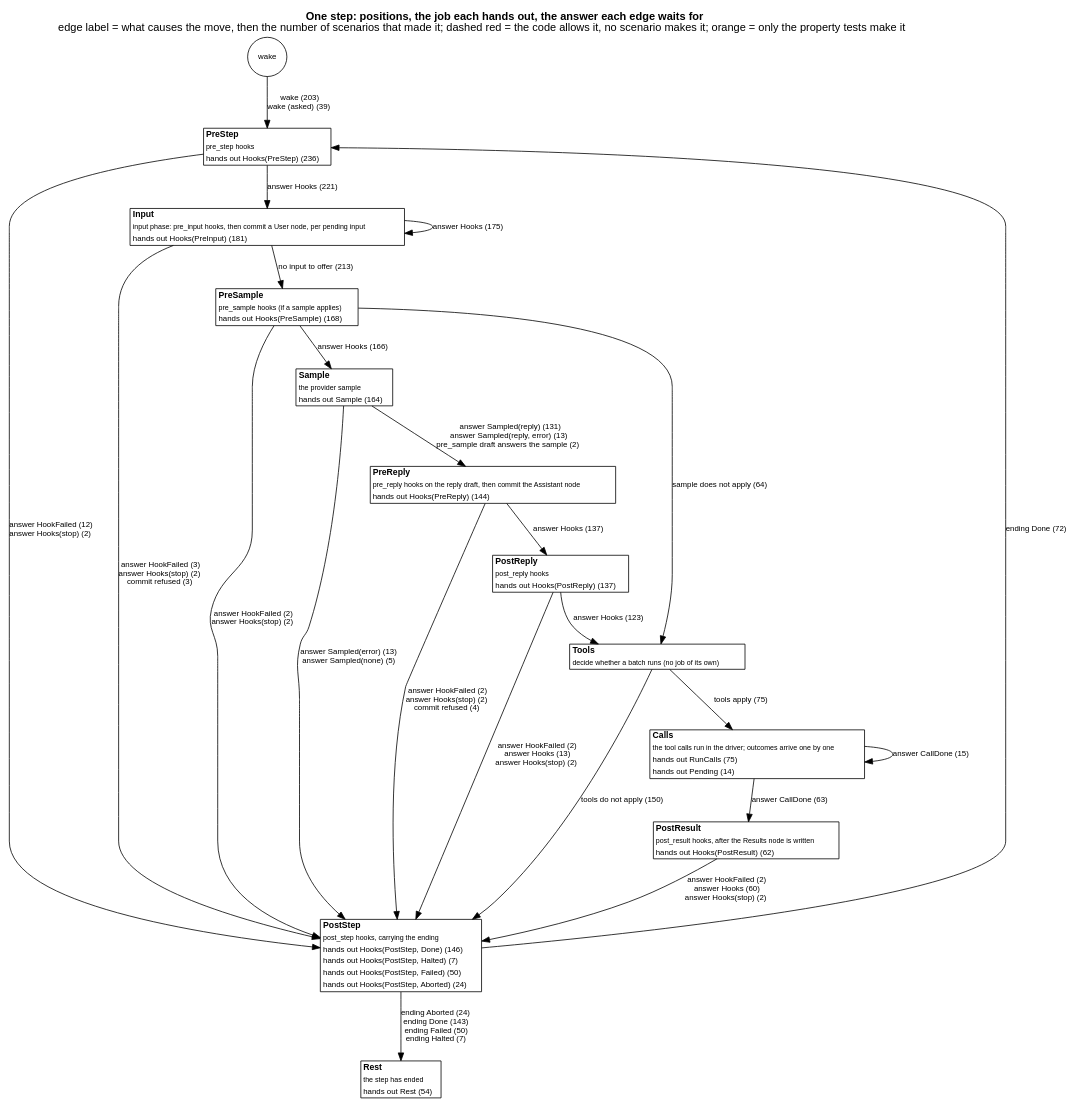
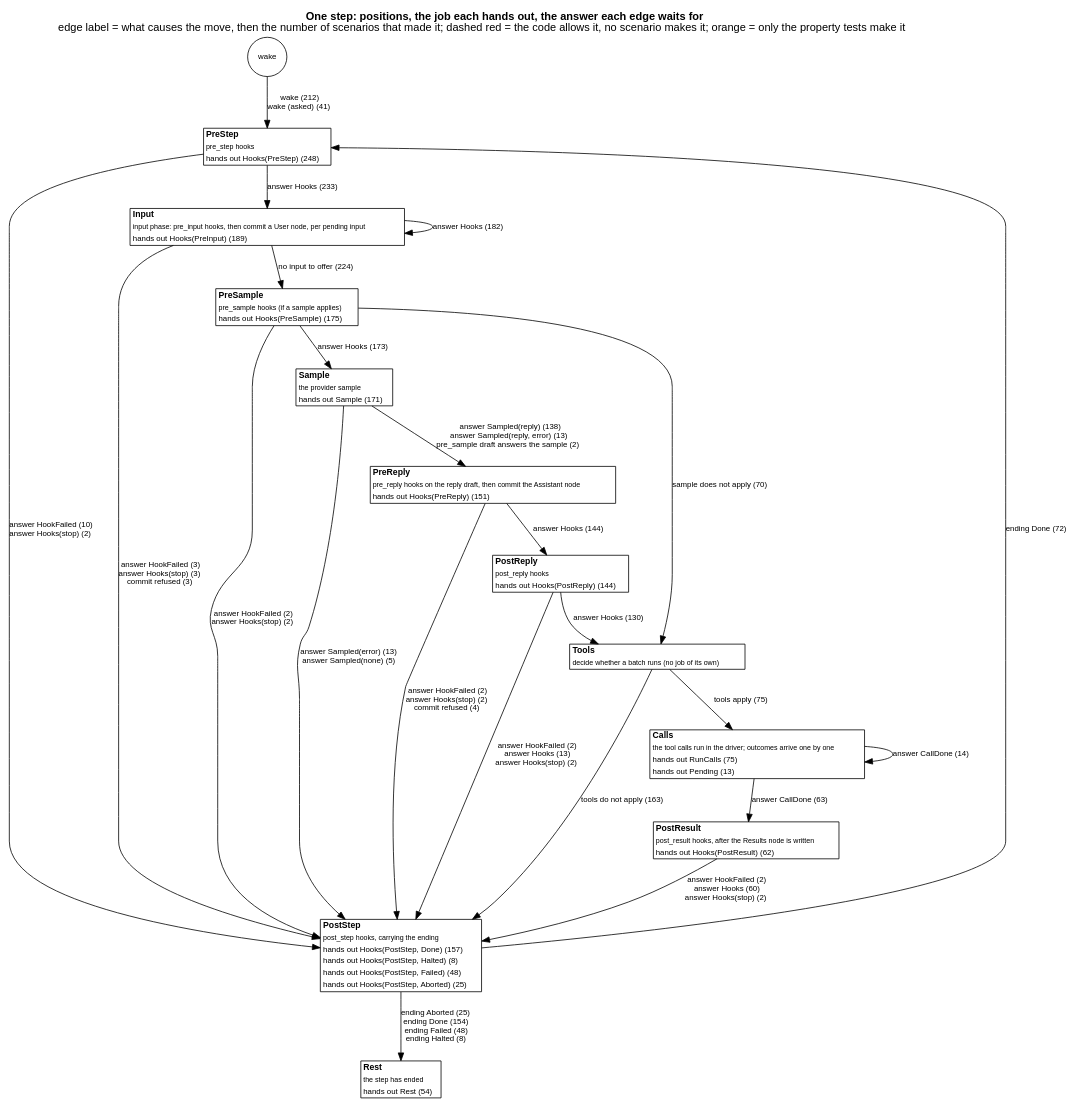
The diagram in docs/as-built/diagrams/step-positions.dot (jmccardle/tau), drawn with Graphviz before and after one commit. The commit also changed 40 other files, not shown here.

```diff
--- a/docs/as-built/diagrams/step-positions.dot
+++ b/docs/as-built/diagrams/step-positions.dot
@@ -1,40 +1,40 @@
 // Generated by scripts/diagrams.sh from the test suites' transitions. Do not edit.
 digraph step_positions {
   graph [rankdir=TB, fontname="Helvetica", nodesep=0.5, ranksep=0.6, labelloc=t, label=<<b>One step: positions, the job each hands out, the answer each edge waits for</b><br/>edge label = what causes the move, then the number of scenarios that made it; dashed red = the code allows it, no scenario makes it; orange = only the property tests make it>];
   node [shape=plain, fontname="Helvetica", fontsize=11];
   edge [fontname="Helvetica", fontsize=10];
   "(wake)" [shape=circle, label="wake", fontsize=10];
-  "PreStep" [label=<<table border="1" cellborder="0" cellspacing="0" bgcolor="white"><tr><td align="left"><b>PreStep</b></td></tr><tr><td align="left"><font point-size="9">pre_step hooks</font></td></tr><tr><td align="left"><font color="black" point-size="10">hands out Hooks(PreStep) (236)</font></td></tr></table>>];
-  "Input" [label=<<table border="1" cellborder="0" cellspacing="0" bgcolor="white"><tr><td align="left"><b>Input</b></td></tr><tr><td align="left"><font point-size="9">input phase: pre_input hooks, then commit a User node, per pending input</font></td></tr><tr><td align="left"><font color="black" point-size="10">hands out Hooks(PreInput) (181)</font></td></tr></table>>];
-  "PreSample" [label=<<table border="1" cellborder="0" cellspacing="0" bgcolor="white"><tr><td align="left"><b>PreSample</b></td></tr><tr><td align="left"><font point-size="9">pre_sample hooks (if a sample applies)</font></td></tr><tr><td align="left"><font color="black" point-size="10">hands out Hooks(PreSample) (168)</font></td></tr></table>>];
-  "Sample" [label=<<table border="1" cellborder="0" cellspacing="0" bgcolor="white"><tr><td align="left"><b>Sample</b></td></tr><tr><td align="left"><font point-size="9">the provider sample</font></td></tr><tr><td align="left"><font color="black" point-size="10">hands out Sample (164)</font></td></tr></table>>];
-  "PreReply" [label=<<table border="1" cellborder="0" cellspacing="0" bgcolor="white"><tr><td align="left"><b>PreReply</b></td></tr><tr><td align="left"><font point-size="9">pre_reply hooks on the reply draft, then commit the Assistant node</font></td></tr><tr><td align="left"><font color="black" point-size="10">hands out Hooks(PreReply) (144)</font></td></tr></table>>];
-  "PostReply" [label=<<table border="1" cellborder="0" cellspacing="0" bgcolor="white"><tr><td align="left"><b>PostReply</b></td></tr><tr><td align="left"><font point-size="9">post_reply hooks</font></td></tr><tr><td align="left"><font color="black" point-size="10">hands out Hooks(PostReply) (137)</font></td></tr></table>>];
+  "PreStep" [label=<<table border="1" cellborder="0" cellspacing="0" bgcolor="white"><tr><td align="left"><b>PreStep</b></td></tr><tr><td align="left"><font point-size="9">pre_step hooks</font></td></tr><tr><td align="left"><font color="black" point-size="10">hands out Hooks(PreStep) (248)</font></td></tr></table>>];
+  "Input" [label=<<table border="1" cellborder="0" cellspacing="0" bgcolor="white"><tr><td align="left"><b>Input</b></td></tr><tr><td align="left"><font point-size="9">input phase: pre_input hooks, then commit a User node, per pending input</font></td></tr><tr><td align="left"><font color="black" point-size="10">hands out Hooks(PreInput) (189)</font></td></tr></table>>];
+  "PreSample" [label=<<table border="1" cellborder="0" cellspacing="0" bgcolor="white"><tr><td align="left"><b>PreSample</b></td></tr><tr><td align="left"><font point-size="9">pre_sample hooks (if a sample applies)</font></td></tr><tr><td align="left"><font color="black" point-size="10">hands out Hooks(PreSample) (175)</font></td></tr></table>>];
+  "Sample" [label=<<table border="1" cellborder="0" cellspacing="0" bgcolor="white"><tr><td align="left"><b>Sample</b></td></tr><tr><td align="left"><font point-size="9">the provider sample</font></td></tr><tr><td align="left"><font color="black" point-size="10">hands out Sample (171)</font></td></tr></table>>];
+  "PreReply" [label=<<table border="1" cellborder="0" cellspacing="0" bgcolor="white"><tr><td align="left"><b>PreReply</b></td></tr><tr><td align="left"><font point-size="9">pre_reply hooks on the reply draft, then commit the Assistant node</font></td></tr><tr><td align="left"><font color="black" point-size="10">hands out Hooks(PreReply) (151)</font></td></tr></table>>];
+  "PostReply" [label=<<table border="1" cellborder="0" cellspacing="0" bgcolor="white"><tr><td align="left"><b>PostReply</b></td></tr><tr><td align="left"><font point-size="9">post_reply hooks</font></td></tr><tr><td align="left"><font color="black" point-size="10">hands out Hooks(PostReply) (144)</font></td></tr></table>>];
   "Tools" [label=<<table border="1" cellborder="0" cellspacing="0" bgcolor="white"><tr><td align="left"><b>Tools</b></td></tr><tr><td align="left"><font point-size="9">decide whether a batch runs (no job of its own)</font></td></tr></table>>];
-  "Calls" [label=<<table border="1" cellborder="0" cellspacing="0" bgcolor="white"><tr><td align="left"><b>Calls</b></td></tr><tr><td align="left"><font point-size="9">the tool calls run in the driver; outcomes arrive one by one</font></td></tr><tr><td align="left"><font color="black" point-size="10">hands out RunCalls (75)</font></td></tr><tr><td align="left"><font color="black" point-size="10">hands out Pending (14)</font></td></tr></table>>];
+  "Calls" [label=<<table border="1" cellborder="0" cellspacing="0" bgcolor="white"><tr><td align="left"><b>Calls</b></td></tr><tr><td align="left"><font point-size="9">the tool calls run in the driver; outcomes arrive one by one</font></td></tr><tr><td align="left"><font color="black" point-size="10">hands out RunCalls (75)</font></td></tr><tr><td align="left"><font color="black" point-size="10">hands out Pending (13)</font></td></tr></table>>];
   "PostResult" [label=<<table border="1" cellborder="0" cellspacing="0" bgcolor="white"><tr><td align="left"><b>PostResult</b></td></tr><tr><td align="left"><font point-size="9">post_result hooks, after the Results node is written</font></td></tr><tr><td align="left"><font color="black" point-size="10">hands out Hooks(PostResult) (62)</font></td></tr></table>>];
-  "PostStep" [label=<<table border="1" cellborder="0" cellspacing="0" bgcolor="white"><tr><td align="left"><b>PostStep</b></td></tr><tr><td align="left"><font point-size="9">post_step hooks, carrying the ending</font></td></tr><tr><td align="left"><font color="black" point-size="10">hands out Hooks(PostStep, Done) (146)</font></td></tr><tr><td align="left"><font color="black" point-size="10">hands out Hooks(PostStep, Halted) (7)</font></td></tr><tr><td align="left"><font color="black" point-size="10">hands out Hooks(PostStep, Failed) (50)</font></td></tr><tr><td align="left"><font color="black" point-size="10">hands out Hooks(PostStep, Aborted) (24)</font></td></tr></table>>];
+  "PostStep" [label=<<table border="1" cellborder="0" cellspacing="0" bgcolor="white"><tr><td align="left"><b>PostStep</b></td></tr><tr><td align="left"><font point-size="9">post_step hooks, carrying the ending</font></td></tr><tr><td align="left"><font color="black" point-size="10">hands out Hooks(PostStep, Done) (157)</font></td></tr><tr><td align="left"><font color="black" point-size="10">hands out Hooks(PostStep, Halted) (8)</font></td></tr><tr><td align="left"><font color="black" point-size="10">hands out Hooks(PostStep, Failed) (48)</font></td></tr><tr><td align="left"><font color="black" point-size="10">hands out Hooks(PostStep, Aborted) (25)</font></td></tr></table>>];
   "Rest" [label=<<table border="1" cellborder="0" cellspacing="0" bgcolor="white"><tr><td align="left"><b>Rest</b></td></tr><tr><td align="left"><font point-size="9">the step has ended</font></td></tr><tr><td align="left"><font color="black" point-size="10">hands out Rest (54)</font></td></tr></table>>];
-  "(wake)" -> "PreStep" [label=<wake (203)<br/>wake (asked) (39)>, color="black", style=solid];
-  "Calls" -> "Calls" [label=<answer CallDone (15)>, color="black", style=solid];
+  "(wake)" -> "PreStep" [label=<wake (212)<br/>wake (asked) (41)>, color="black", style=solid];
+  "Calls" -> "Calls" [label=<answer CallDone (14)>, color="black", style=solid];
   "Calls" -> "PostResult" [label=<answer CallDone (63)>, color="black", style=solid];
-  "Input" -> "Input" [label=<answer Hooks (175)>, color="black", style=solid];
-  "Input" -> "PostStep" [label=<answer HookFailed (3)<br/>answer Hooks(stop) (2)<br/>commit refused (3)>, color="black", style=solid];
-  "Input" -> "PreSample" [label=<no input to offer (213)>, color="black", style=solid];
+  "Input" -> "Input" [label=<answer Hooks (182)>, color="black", style=solid];
+  "Input" -> "PostStep" [label=<answer HookFailed (3)<br/>answer Hooks(stop) (3)<br/>commit refused (3)>, color="black", style=solid];
+  "Input" -> "PreSample" [label=<no input to offer (224)>, color="black", style=solid];
   "PostReply" -> "PostStep" [label=<answer HookFailed (2)<br/>answer Hooks (13)<br/>answer Hooks(stop) (2)>, color="black", style=solid];
-  "PostReply" -> "Tools" [label=<answer Hooks (123)>, color="black", style=solid];
+  "PostReply" -> "Tools" [label=<answer Hooks (130)>, color="black", style=solid];
   "PostResult" -> "PostStep" [label=<answer HookFailed (2)<br/>answer Hooks (60)<br/>answer Hooks(stop) (2)>, color="black", style=solid];
   "PostStep" -> "PreStep" [label=<ending Done (72)>, color="black", style=solid];
-  "PostStep" -> "Rest" [label=<ending Aborted (24)<br/>ending Done (143)<br/>ending Failed (50)<br/>ending Halted (7)>, color="black", style=solid];
-  "PreReply" -> "PostReply" [label=<answer Hooks (137)>, color="black", style=solid];
+  "PostStep" -> "Rest" [label=<ending Aborted (25)<br/>ending Done (154)<br/>ending Failed (48)<br/>ending Halted (8)>, color="black", style=solid];
+  "PreReply" -> "PostReply" [label=<answer Hooks (144)>, color="black", style=solid];
   "PreReply" -> "PostStep" [label=<answer HookFailed (2)<br/>answer Hooks(stop) (2)<br/>commit refused (4)>, color="black", style=solid];
   "PreSample" -> "PostStep" [label=<answer HookFailed (2)<br/>answer Hooks(stop) (2)>, color="black", style=solid];
-  "PreSample" -> "Sample" [label=<answer Hooks (166)>, color="black", style=solid];
-  "PreSample" -> "Tools" [label=<sample does not apply (64)>, color="black", style=solid];
-  "PreStep" -> "Input" [label=<answer Hooks (221)>, color="black", style=solid];
-  "PreStep" -> "PostStep" [label=<answer HookFailed (12)<br/>answer Hooks(stop) (2)>, color="black", style=solid];
+  "PreSample" -> "Sample" [label=<answer Hooks (173)>, color="black", style=solid];
+  "PreSample" -> "Tools" [label=<sample does not apply (70)>, color="black", style=solid];
+  "PreStep" -> "Input" [label=<answer Hooks (233)>, color="black", style=solid];
+  "PreStep" -> "PostStep" [label=<answer HookFailed (10)<br/>answer Hooks(stop) (2)>, color="black", style=solid];
   "Sample" -> "PostStep" [label=<answer Sampled(error) (13)<br/>answer Sampled(none) (5)>, color="black", style=solid];
-  "Sample" -> "PreReply" [label=<answer Sampled(reply) (131)<br/>answer Sampled(reply, error) (13)<br/>pre_sample draft answers the sample (2)>, color="black", style=solid];
+  "Sample" -> "PreReply" [label=<answer Sampled(reply) (138)<br/>answer Sampled(reply, error) (13)<br/>pre_sample draft answers the sample (2)>, color="black", style=solid];
   "Tools" -> "Calls" [label=<tools apply (75)>, color="black", style=solid];
-  "Tools" -> "PostStep" [label=<tools do not apply (150)>, color="black", style=solid];
+  "Tools" -> "PostStep" [label=<tools do not apply (163)>, color="black", style=solid];
 }
```
